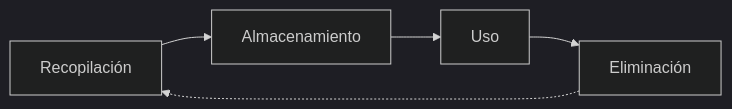
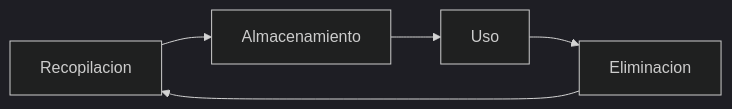
Diagram 11 of 39 in README.md (LorenaLResusta/Digitalizacion), drawn with Mermaid (dark theme) before and after one commit. The commit also changed other lines of this file, not shown here.

First line of the commit message:
Add global mind map and update flowcharts

````diff
--- a/README.md
+++ b/README.md
@@ -372,7 +381,7 @@
 ```mermaid
-graph LR
-  R[Recopilación] --> A[Almacenamiento]
+flowchart LR
+  R[Recopilacion] --> A[Almacenamiento]
   A --> U[Uso]
-  U --> E[Eliminación]
-  E -.-> R
+  U --> E[Eliminacion]
+  E --> R
 ```
````
